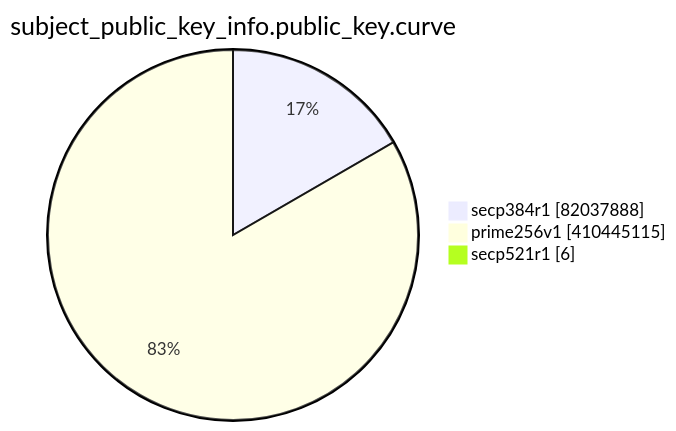
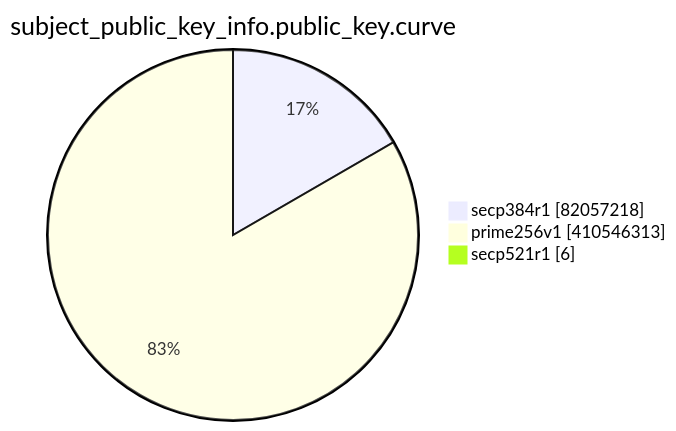
The eighth of 15 diagrams in TOTAL/README.md (christiankrug/ctmonitor_visualization), drawn with Mermaid before and after one commit. The commit also changed other lines of this file, not shown here.

````diff
--- a/TOTAL/README.md
+++ b/TOTAL/README.md
@@ -3096,7 +3096,7 @@
 ```mermaid
 pie showData
 title subject_public_key_info.public_key.curve
-"secp384r1" :82037888
-"prime256v1" :410445115
+"secp384r1" :82057218
+"prime256v1" :410546313
 "secp521r1" :6
 ```
````
